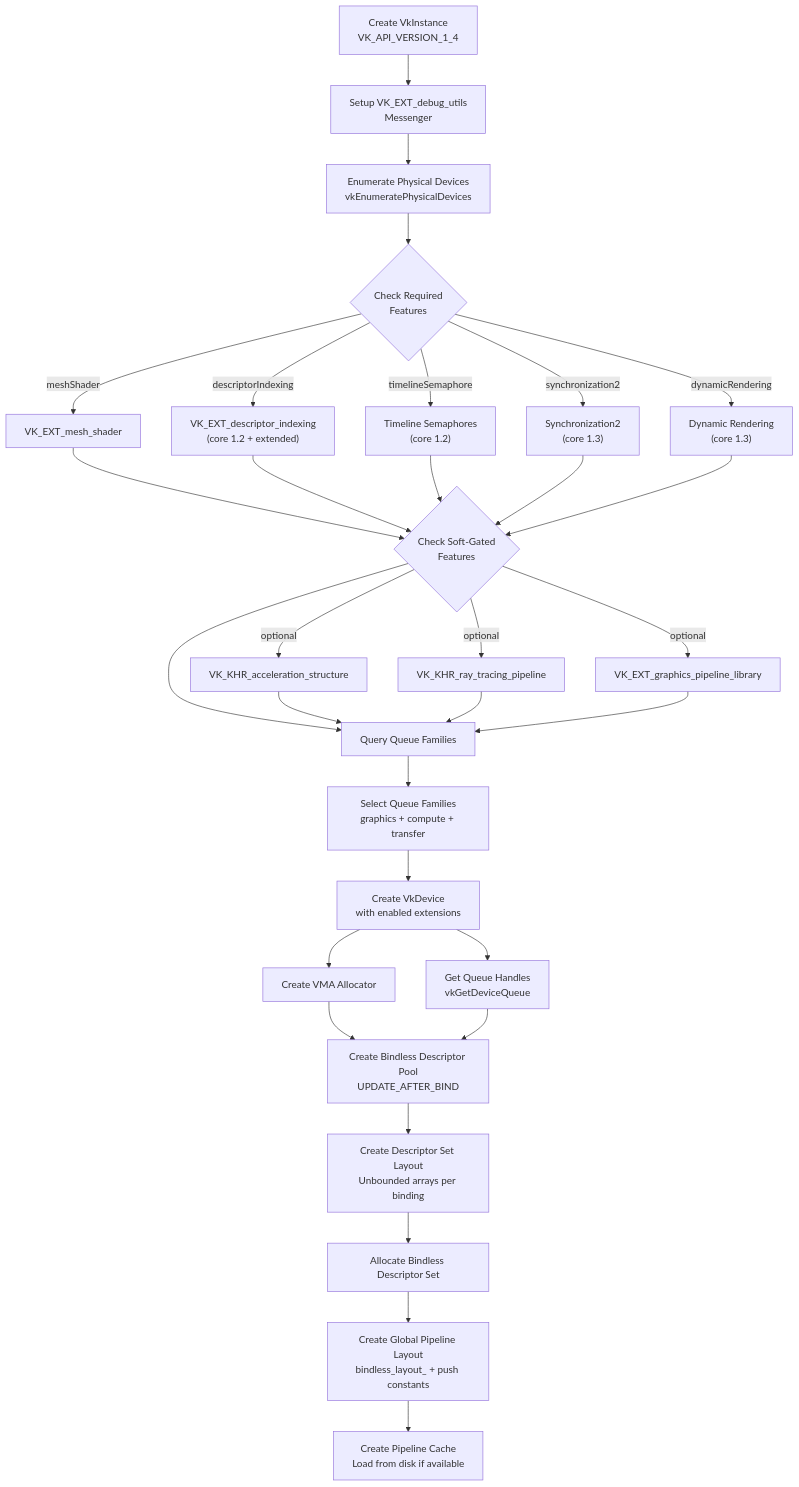
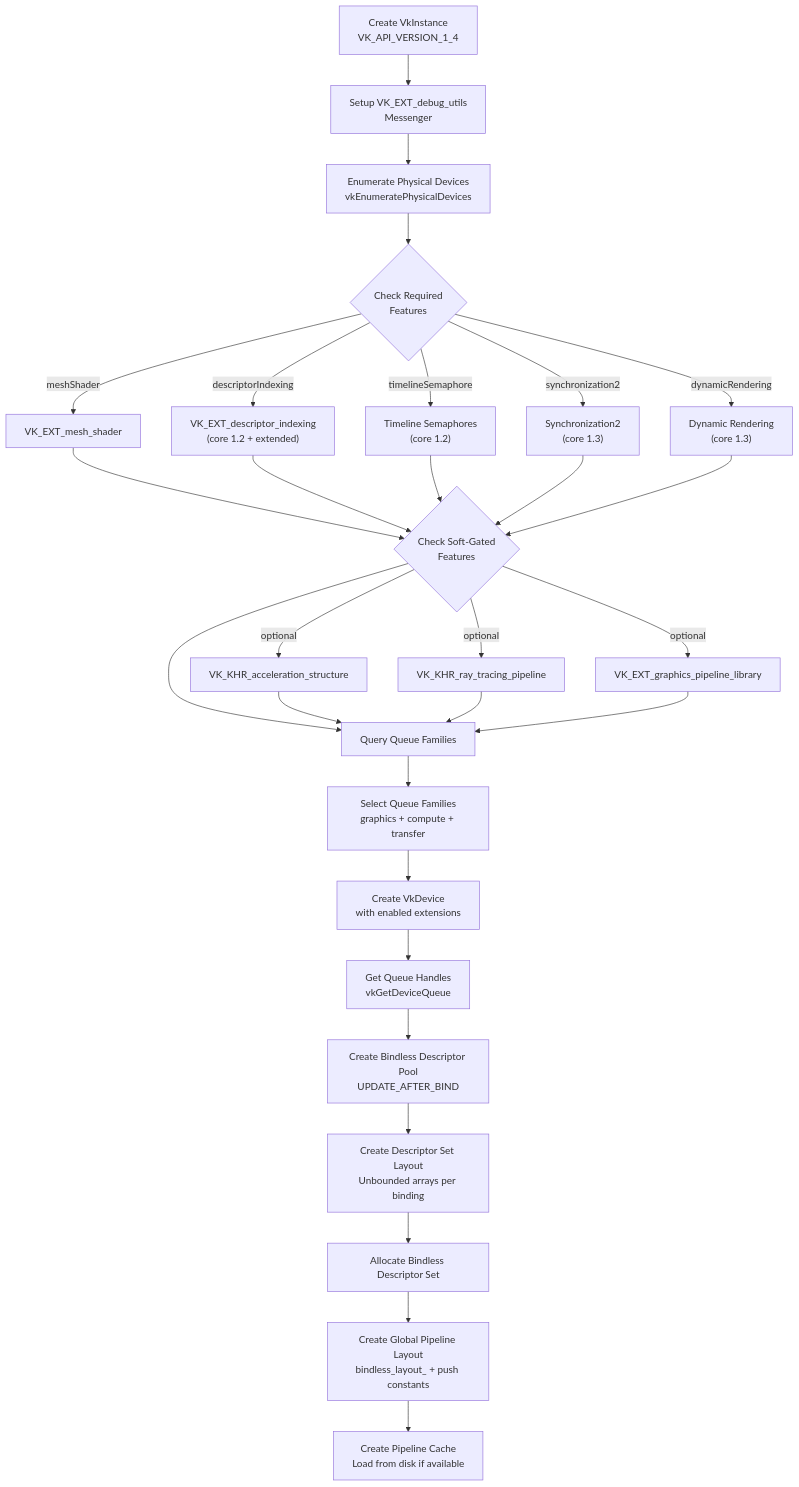
Diagram 30 of 34 in docs/design/gpu-backend-vulkan-classes.md (harmonius-dev/harmonius), drawn with Mermaid before and after one commit. The commit also changed other lines of this file and 28 other files, not shown here.

````diff
--- a/docs/design/gpu-backend-vulkan-classes.md
+++ b/docs/design/gpu-backend-vulkan-classes.md
@@ -1487,38 +1487,36 @@
 ```mermaid
 flowchart TD
     A["Create VkInstance\nVK_API_VERSION_1_4"] --> B["Setup VK_EXT_debug_utils\nMessenger"]
     B --> C["Enumerate Physical Devices\nvkEnumeratePhysicalDevices"]
     C --> D{"Check Required\nFeatures"}
 
     D -->|meshShader| E["VK_EXT_mesh_shader"]
     D -->|descriptorIndexing| F["VK_EXT_descriptor_indexing\n(core 1.2 + extended)"]
     D -->|timelineSemaphore| G["Timeline Semaphores\n(core 1.2)"]
     D -->|synchronization2| H["Synchronization2\n(core 1.3)"]
     D -->|dynamicRendering| I["Dynamic Rendering\n(core 1.3)"]
 
     E --> J{"Check Soft-Gated\nFeatures"}
     F --> J
     G --> J
     H --> J
     I --> J
 
     J -->|optional| K["VK_KHR_acceleration_structure"]
     J -->|optional| L["VK_KHR_ray_tracing_pipeline"]
     J -->|optional| M["VK_EXT_graphics_pipeline_library"]
     J --> N["Query Queue Families"]
 
     K --> N
     L --> N
     M --> N
 
     N --> O["Select Queue Families\ngraphics + compute + transfer"]
     O --> P["Create VkDevice\nwith enabled extensions"]
-    P --> Q["Create VMA Allocator"]
     P --> R["Get Queue Handles\nvkGetDeviceQueue"]
-    Q --> S["Create Bindless Descriptor Pool\nUPDATE_AFTER_BIND"]
-    R --> S
+    R --> S["Create Bindless Descriptor Pool\nUPDATE_AFTER_BIND"]
     S --> T["Create Descriptor Set Layout\nUnbounded arrays per binding"]
     T --> U["Allocate Bindless Descriptor Set"]
     U --> V["Create Global Pipeline Layout\nbindless_layout_ + push constants"]
     V --> W["Create Pipeline Cache\nLoad from disk if available"]
 ```
````
